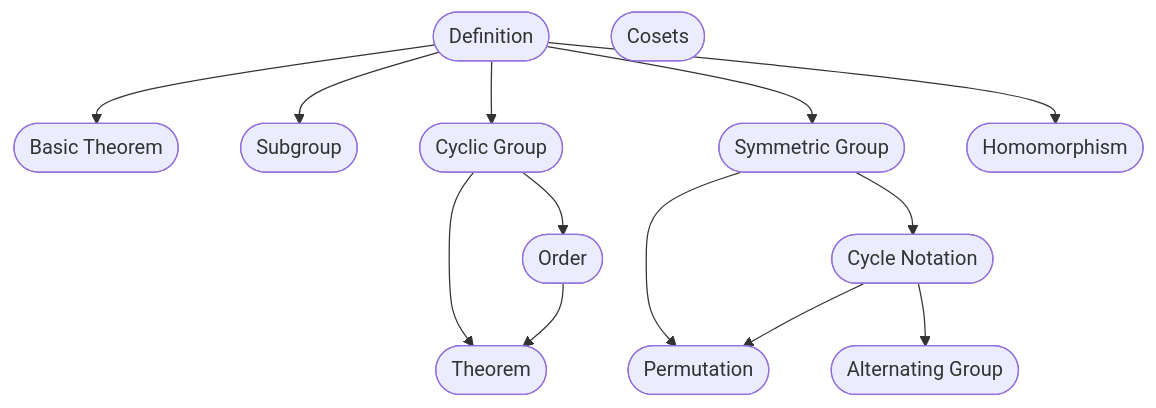
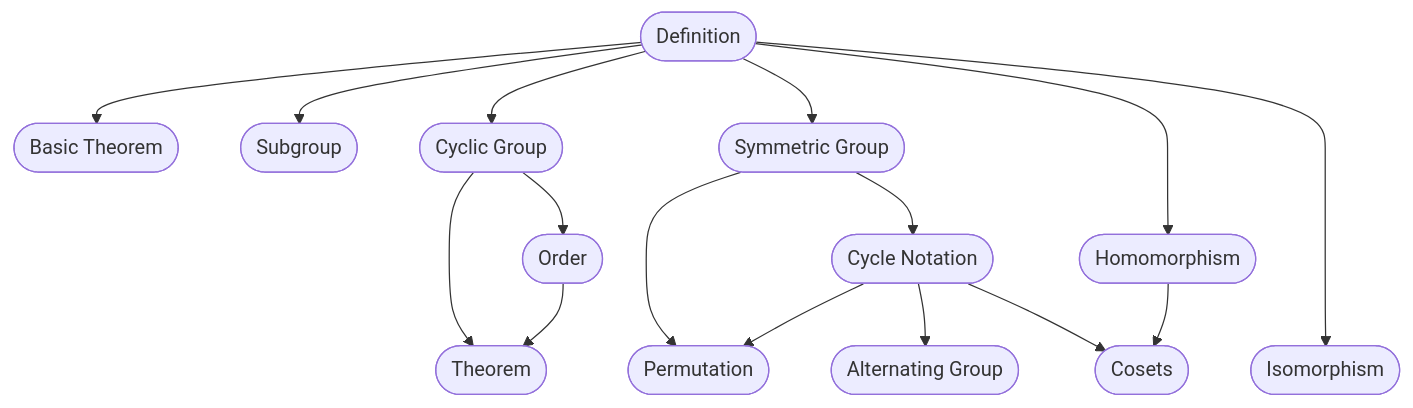
The eighth of 8 diagrams in rc_note/rc0/rc0.md (TangJingfan/ve203-notes), drawn with Mermaid before and after one commit.

Commit message:
feat: rc0 updated

````diff
--- a/rc_note/rc0/rc0.md
+++ b/rc_note/rc0/rc0.md
@@ -203,28 +203,31 @@
 ```mermaid
     graph
     A(["Definition"])
     B(["Basic Theorem"])
     C(["Subgroup"])
     D(["Cyclic Group"])
     E(["Order"])
     F(["Theorem"])
     G(["Symmetric Group"])
     H(["Cycle Notation"])
     I(["Permutation"])
     J(["Alternating Group"])
     K(["Homomorphism"])
     L(["Cosets"])
+    M(["Isomorphism"])
     A --> B
     A --> C
     A --> D
     D --> E
     D --> F
     E --> F
     A --> G
     G --> H
     G --> I
     H --> I
     H --> J
     A --> K
-    
+    H --> L
+    K --> L
+    A ----> M
 ```
````
